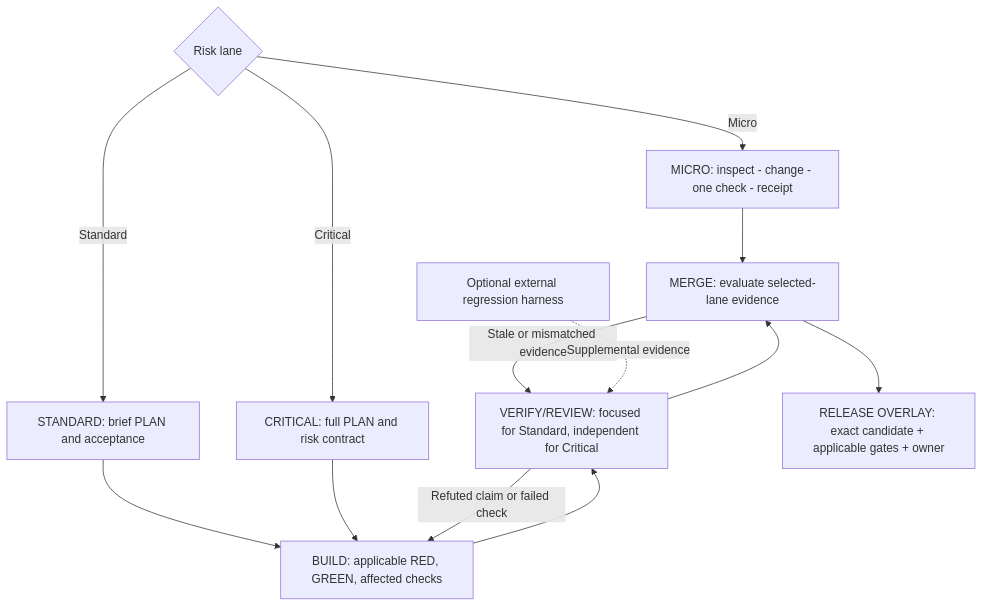
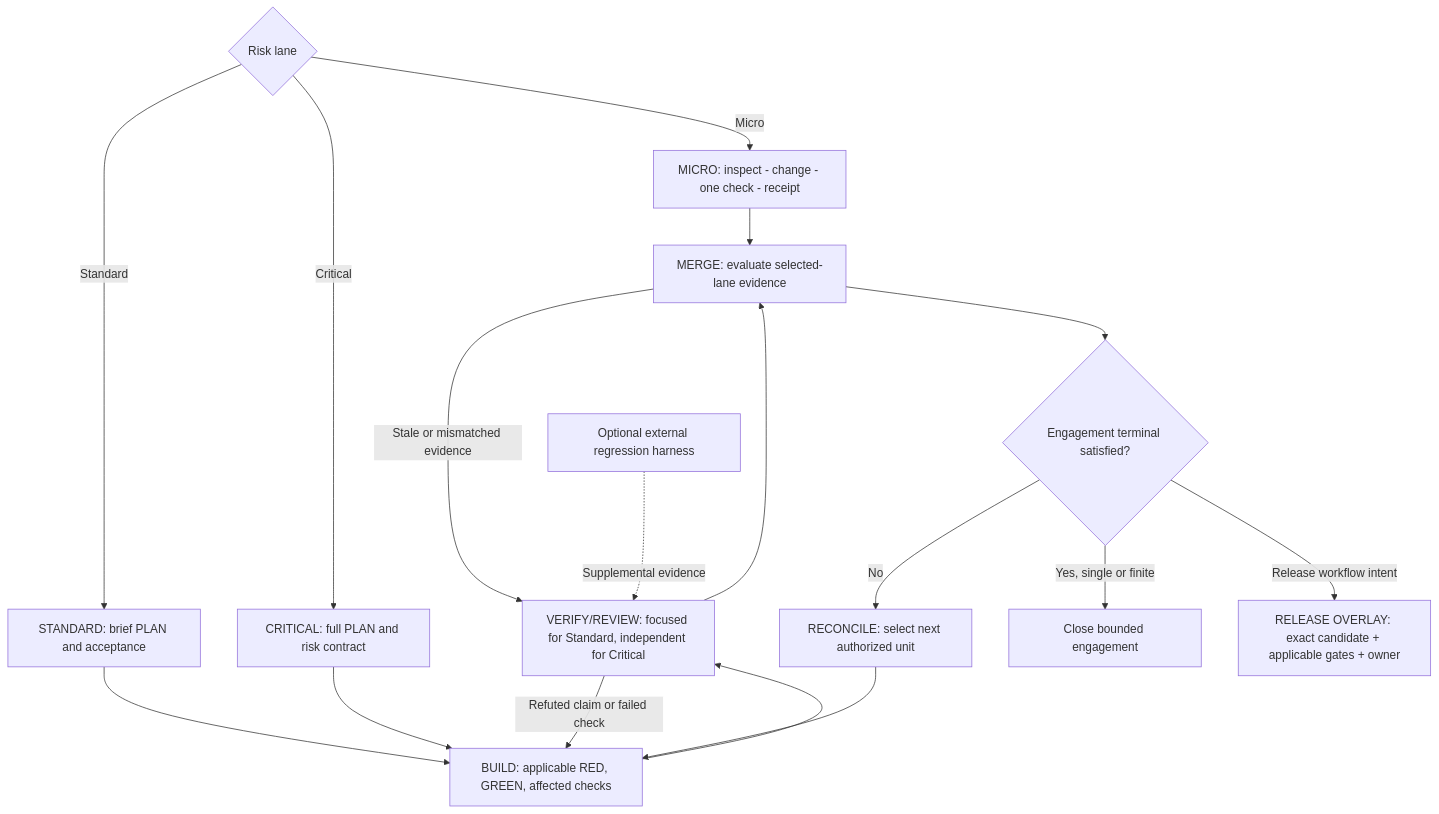
Before and after one commit to scottconverse/dev-rigor-stack-lite: the second of 2 diagrams in docs/architecture.md, drawn with Mermaid. The commit also changed other lines of this file and 15 other files, not shown here.

````diff
--- a/docs/architecture.md
+++ b/docs/architecture.md
@@ -45,16 +45,20 @@
 ```mermaid
 flowchart TD
     Route{"Risk lane"}
     Route -- "Micro" --> Micro["MICRO: inspect - change - one check - receipt"]
     Route -- "Standard" --> Plan["STANDARD: brief PLAN and acceptance"]
     Route -- "Critical" --> Critical["CRITICAL: full PLAN and risk contract"]
     Plan --> Build["BUILD: applicable RED, GREEN, affected checks"]
     Critical --> Build
     Build --> Verify["VERIFY/REVIEW: focused for Standard, independent for Critical"]
     Verify --> Merge["MERGE: evaluate selected-lane evidence"]
     Micro --> Merge
     Verify -- "Refuted claim or failed check" --> Build
     Merge -- "Stale or mismatched evidence" --> Verify
-    Merge --> Release["RELEASE OVERLAY: exact candidate + applicable gates + owner"]
+    Merge --> Reconcile{"Engagement terminal satisfied?"}
+    Reconcile -- "No" --> Select["RECONCILE: select next authorized unit"]
+    Select --> Build
+    Reconcile -- "Yes, single or finite" --> Close["Close bounded engagement"]
+    Reconcile -- "Release workflow intent" --> Release["RELEASE OVERLAY: exact candidate + applicable gates + owner"]
     Harness["Optional external regression harness"] -. "Supplemental evidence" .-> Verify
 ```
````
